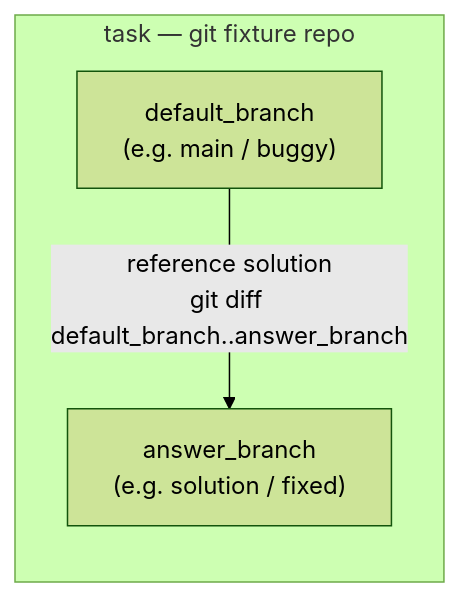
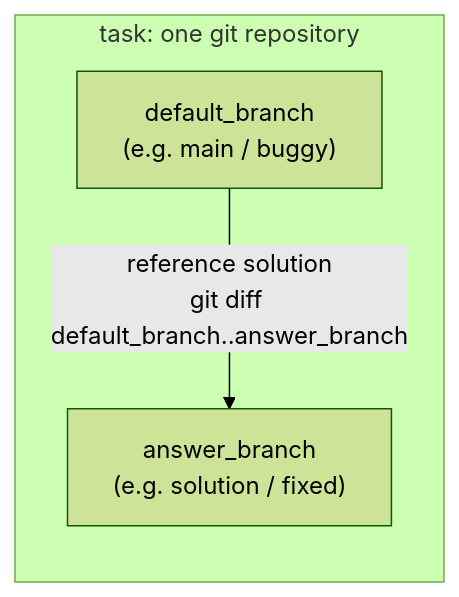
The first of 3 diagrams in CORPUS.md (CodeBlackwell/proofbench), drawn with Mermaid (forest theme) before and after one commit. The commit also changed other lines of this file and 10 other files, not shown here.

````diff
--- a/CORPUS.md
+++ b/CORPUS.md
@@ -16,8 +25,8 @@
 ```mermaid
 flowchart LR
-  subgraph repo["task — git fixture repo"]
+  subgraph repo["task: one git repository"]
     A["default_branch<br/>(e.g. main / buggy)"]
     B["answer_branch<br/>(e.g. solution / fixed)"]
   end
   A -- "reference solution<br/>git diff default_branch..answer_branch" --> B
 ```
````
